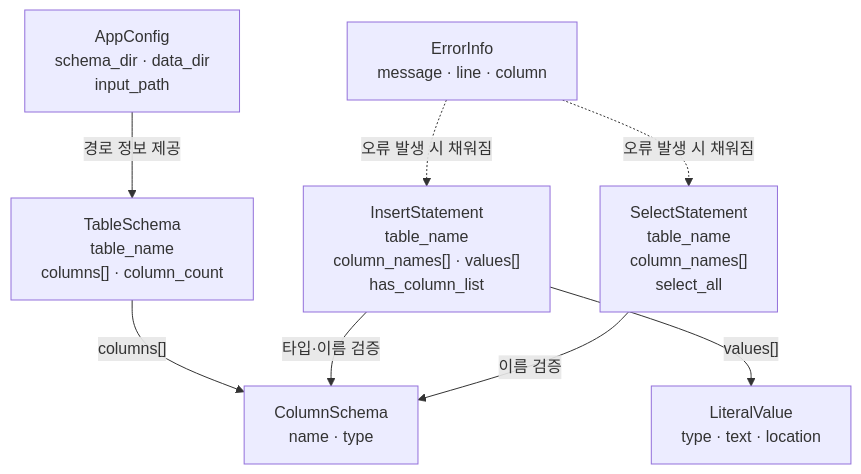
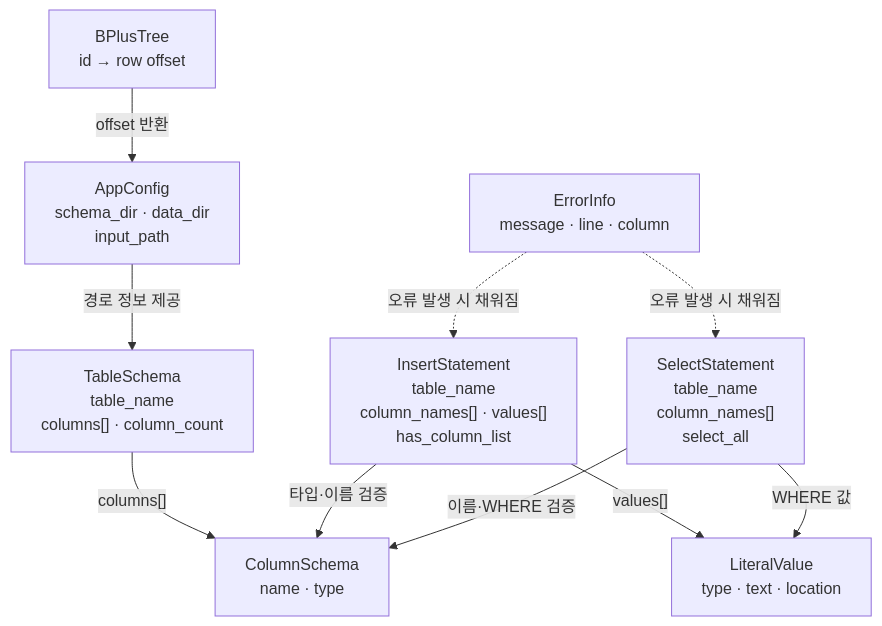
Before and after one commit to Jungle-12-303/week7-02-sql-index: the second of 18 diagrams in docs/storage-executor.md, drawn with Mermaid. The commit also changed other lines of this file and 10 other files, not shown here.

````diff
--- a/docs/storage-executor.md
+++ b/docs/storage-executor.md
@@ -38,18 +51,21 @@
 ```mermaid
 flowchart TD
     AC["AppConfig<br/>schema_dir · data_dir<br/>input_path"]
     TS["TableSchema<br/>table_name<br/>columns[] · column_count"]
     CS["ColumnSchema<br/>name · type"]
     IS["InsertStatement<br/>table_name<br/>column_names[] · values[]<br/>has_column_list"]
     SS["SelectStatement<br/>table_name<br/>column_names[]<br/>select_all"]
     LV["LiteralValue<br/>type · text · location"]
     EI["ErrorInfo<br/>message · line · column"]
+    BT["BPlusTree<br/>id → row offset"]
 
     AC -->|"경로 정보 제공"| TS
     TS -->|"columns[]"| CS
     IS -->|"values[]"| LV
     IS -->|"타입·이름 검증"| CS
-    SS -->|"이름 검증"| CS
+    SS -->|"이름·WHERE 검증"| CS
+    SS -->|"WHERE 값"| LV
+    BT -->|"offset 반환"| AC
     EI -. "오류 발생 시 채워짐" .-> IS
     EI -. "오류 발생 시 채워짐" .-> SS
 ```
````
